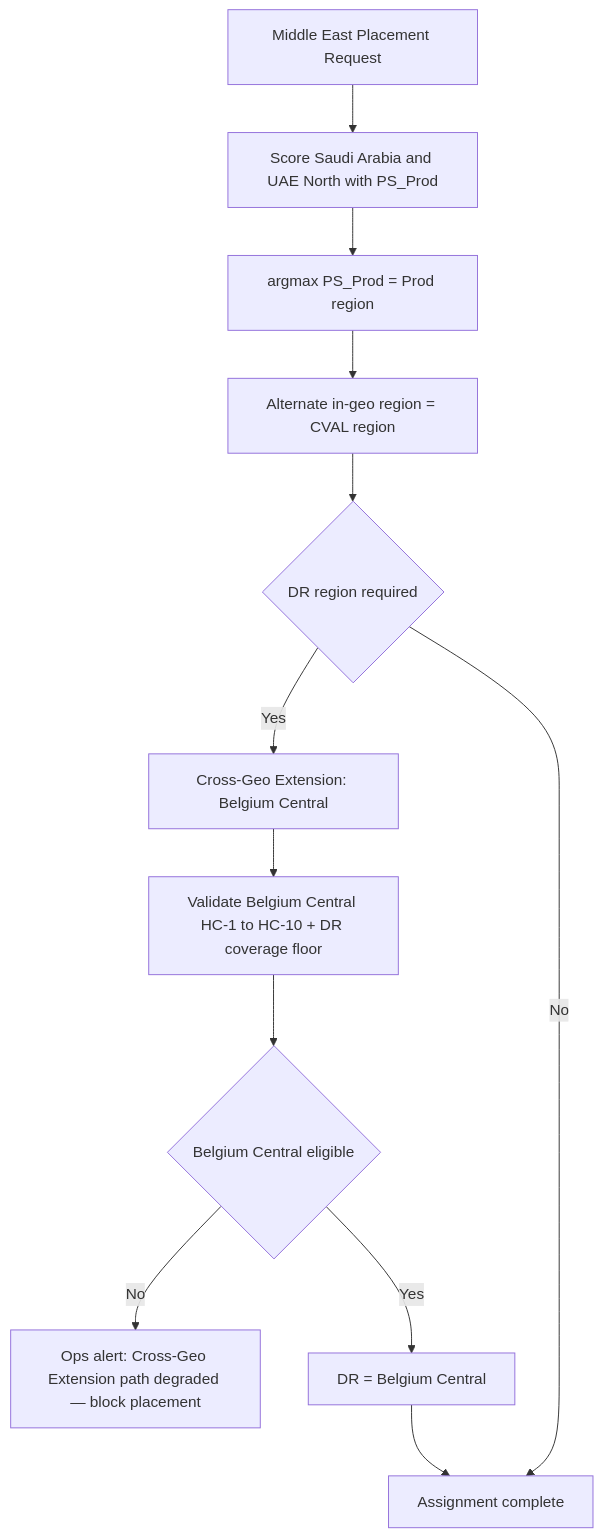
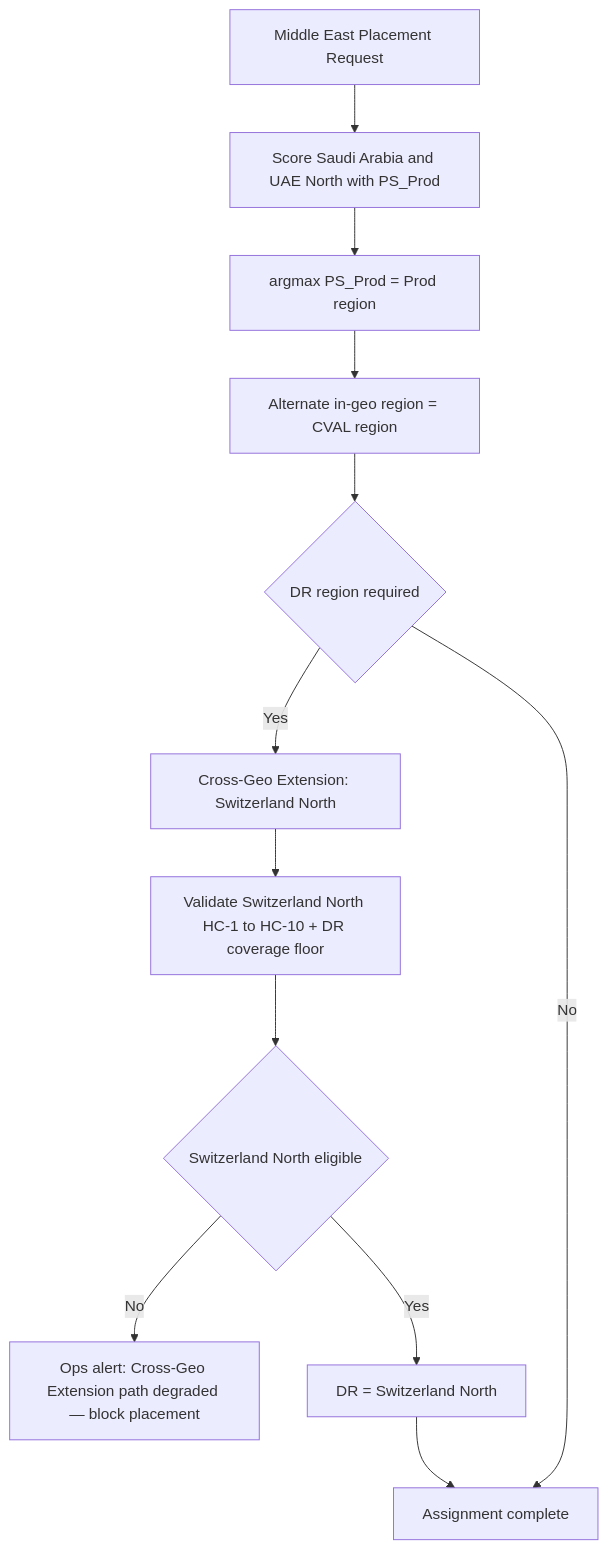
Before and after one commit to vishnu4573/acrme-capacity-reservation: the ninth of 24 diagrams in docs/acrme_production_readiness_review_and_architecture.md, drawn with Mermaid. The commit also changed other lines of this file and 74 other files, not shown here.

````diff
--- a/docs/acrme_production_readiness_review_and_architecture.md
+++ b/docs/acrme_production_readiness_review_and_architecture.md
@@ -995,14 +998,14 @@
 ```mermaid
 flowchart TD
     ME[Middle East Placement Request] --> ScoreBoth[Score Saudi Arabia and UAE North with PS_Prod]
     ScoreBoth --> ProdPick[argmax PS_Prod = Prod region]
     ProdPick --> CVALPick[Alternate in-geo region = CVAL region]
     CVALPick --> DRRequired{DR region required}
-    DRRequired -- Yes --> CrossGeo[Cross-Geo Extension: Belgium Central]
-    CrossGeo --> DRValidate[Validate Belgium Central HC-1 to HC-10 + DR coverage floor]
-    DRValidate --> DRValid{Belgium Central eligible}
+    DRRequired -- Yes --> CrossGeo[Cross-Geo Extension: Switzerland North]
+    CrossGeo --> DRValidate[Validate Switzerland North HC-1 to HC-10 + DR coverage floor]
+    DRValidate --> DRValid{Switzerland North eligible}
     DRValid -- No --> DRAlert[Ops alert: Cross-Geo Extension path degraded — block placement]
-    DRValid -- Yes --> DRAssign[DR = Belgium Central]
+    DRValid -- Yes --> DRAssign[DR = Switzerland North]
     DRRequired -- No --> Complete[Assignment complete]
     DRAssign --> Complete
 ```
````
